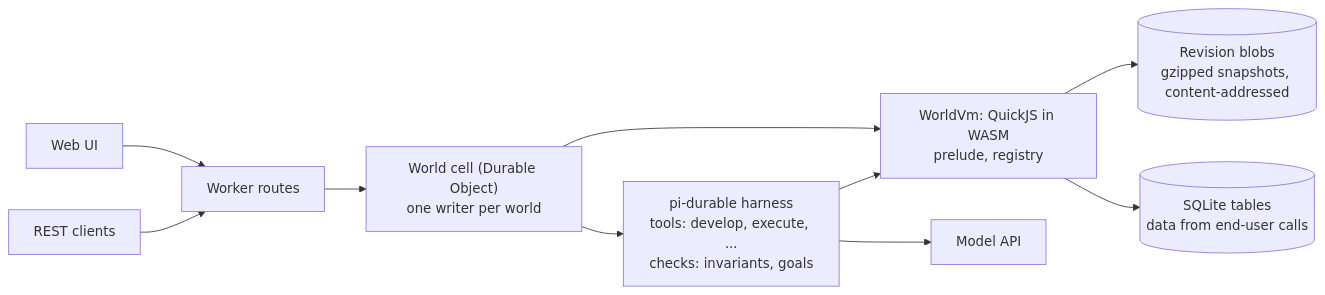
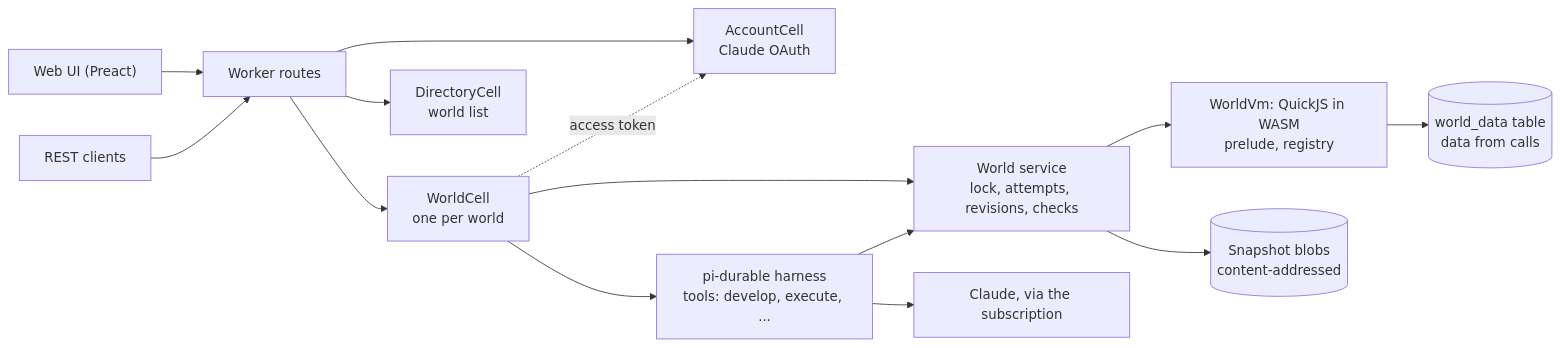
The first of 2 diagrams in README.md (igouss/pi-world), drawn with Mermaid before and after one commit. The commit also changed other lines of this file and 40 other files, not shown here.

First line of the commit message:
cell: share one wire contract, move domain rules into World, restore the heap lazily

````diff
--- a/README.md
+++ b/README.md
@@ -194,12 +234,16 @@
 ```mermaid
 flowchart LR
-    UI["Web UI"] --> W["Worker routes"]
+    UI["Web UI (Preact)"] --> W["Worker routes"]
     REST["REST clients"] --> W
-    W --> C["World cell (Durable Object)<br/>one writer per world"]
-    C --> H["pi-durable harness<br/>tools: develop, execute, ...<br/>checks: invariants, goals"]
-    C --> VM["WorldVm: QuickJS in WASM<br/>prelude, registry"]
-    H --> VM
-    H --> M["Model API"]
-    VM --> B[("Revision blobs<br/>gzipped snapshots, content-addressed")]
-    VM --> D[("SQLite tables<br/>data from end-user calls")]
+    W --> C["WorldCell<br/>one per world"]
+    W --> A["AccountCell<br/>Claude OAuth"]
+    W --> DIR["DirectoryCell<br/>world list"]
+    C --> H["pi-durable harness<br/>tools: develop, execute, ..."]
+    C --> WS["World service<br/>lock, attempts, revisions, checks"]
+    H --> WS
+    WS --> VM["WorldVm: QuickJS in WASM<br/>prelude, registry"]
+    H --> M["Claude, via the subscription"]
+    C -. access token .-> A
+    WS --> B[("Snapshot blobs<br/>content-addressed")]
+    VM --> D[("world_data table<br/>data from calls")]
 ```
````
